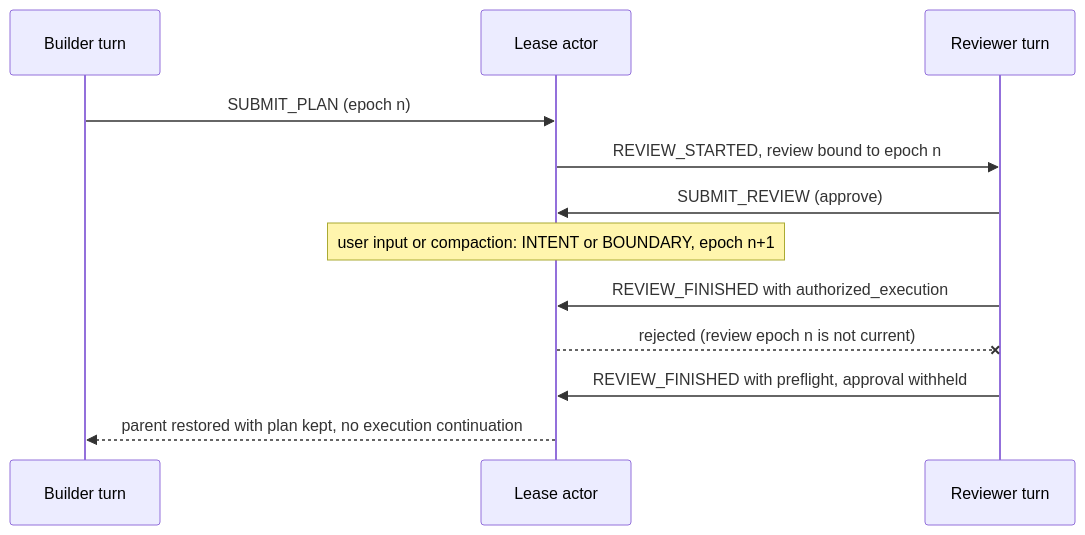
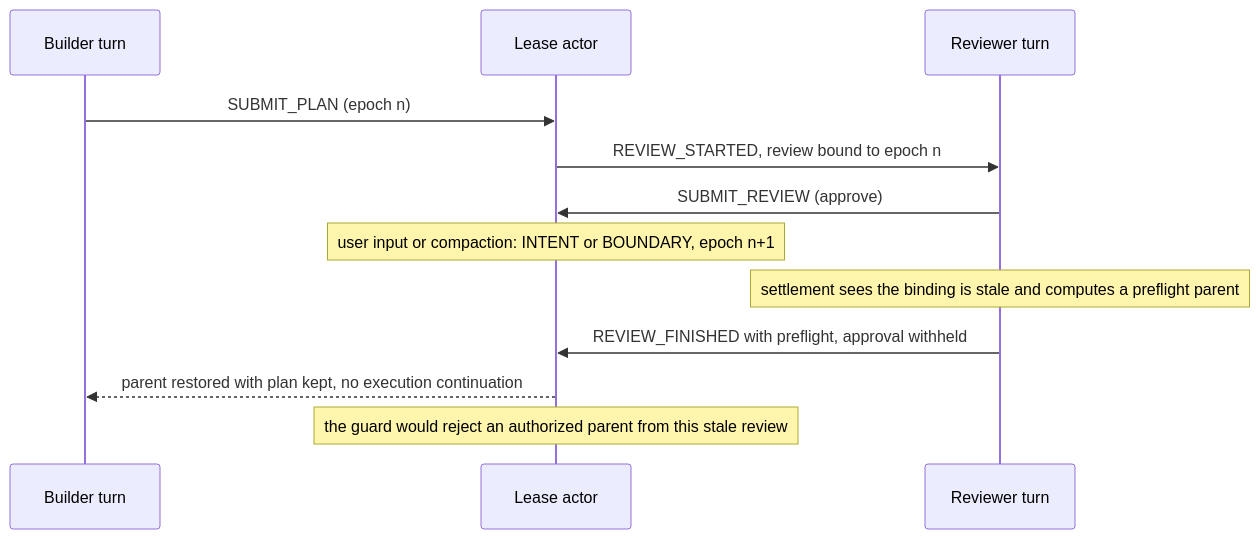
Before and after one commit to nigel-upstart/pi-buildout: the fourth of 5 diagrams in extensions/router/README.md, drawn with Mermaid.

Commit message:
docs(router): show stale review settlement as a single grantless hand-back
The sequence diagram showed a rejected authorized REVIEW_FINISHED followed by a second grantless one. Settlement computes the withheld preflight lifecycle first and sends a single transition; the guard's rejection of an authorized parent is now a note rather than a retry step.

````diff
--- a/extensions/router/README.md
+++ b/extensions/router/README.md
@@ -465,14 +465,14 @@
 ```mermaid
 sequenceDiagram
   participant Builder as Builder turn
   participant Lease as Lease actor
   participant Reviewer as Reviewer turn
   Builder->>Lease: SUBMIT_PLAN (epoch n)
   Lease->>Reviewer: REVIEW_STARTED, review bound to epoch n
   Reviewer->>Lease: SUBMIT_REVIEW (approve)
   Note over Lease: user input or compaction: INTENT or BOUNDARY, epoch n+1
-  Reviewer->>Lease: REVIEW_FINISHED with authorized_execution
-  Lease--xReviewer: rejected (review epoch n is not current)
+  Note over Reviewer: settlement sees the binding is stale and computes a preflight parent
   Reviewer->>Lease: REVIEW_FINISHED with preflight, approval withheld
   Lease-->>Builder: parent restored with plan kept, no execution continuation
+  Note over Lease: the guard would reject an authorized parent from this stale review
 ```
````
